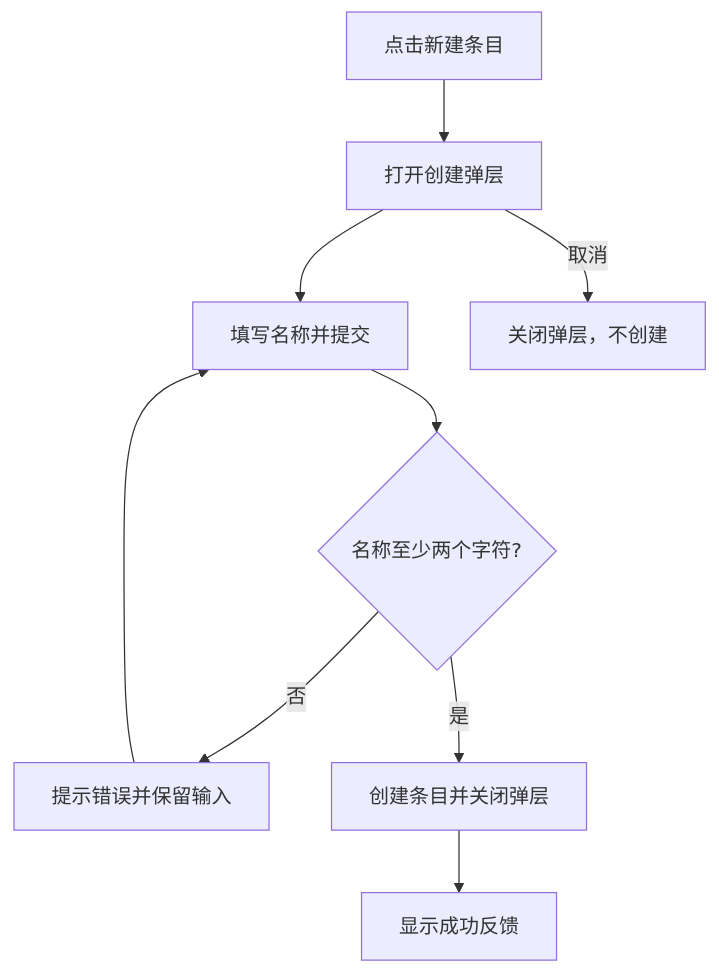
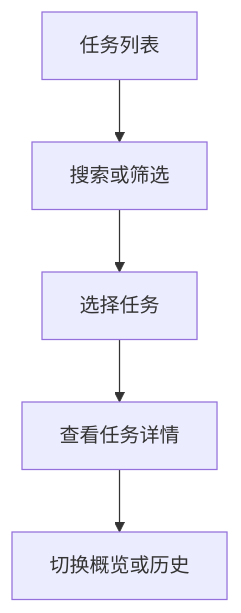
Before and after one commit to lanyuxi/keshihua_PRD: the second of 3 diagrams in examples/flows.md, drawn with Mermaid. The commit also changed other lines of this file and 64 other files, not shown here.

````diff
--- a/examples/flows.md
+++ b/examples/flows.md
@@ -21,11 +27,7 @@
 ```mermaid
 graph TD
-    A[点击新建条目] --> B[打开创建弹层]
-    B --> C[填写名称并提交]
-    C --> D{名称至少两个字符?}
-    D -->|否| E[提示错误并保留输入]
-    E --> C
-    D -->|是| F[创建条目并关闭弹层]
-    F --> G[显示成功反馈]
-    B -->|取消| H[关闭弹层，不创建]
+ A[任务列表] --> B[搜索或筛选]
+ B --> C[选择任务]
+ C --> D[查看任务详情]
+ D --> E[切换概览或历史]
 ```
````
